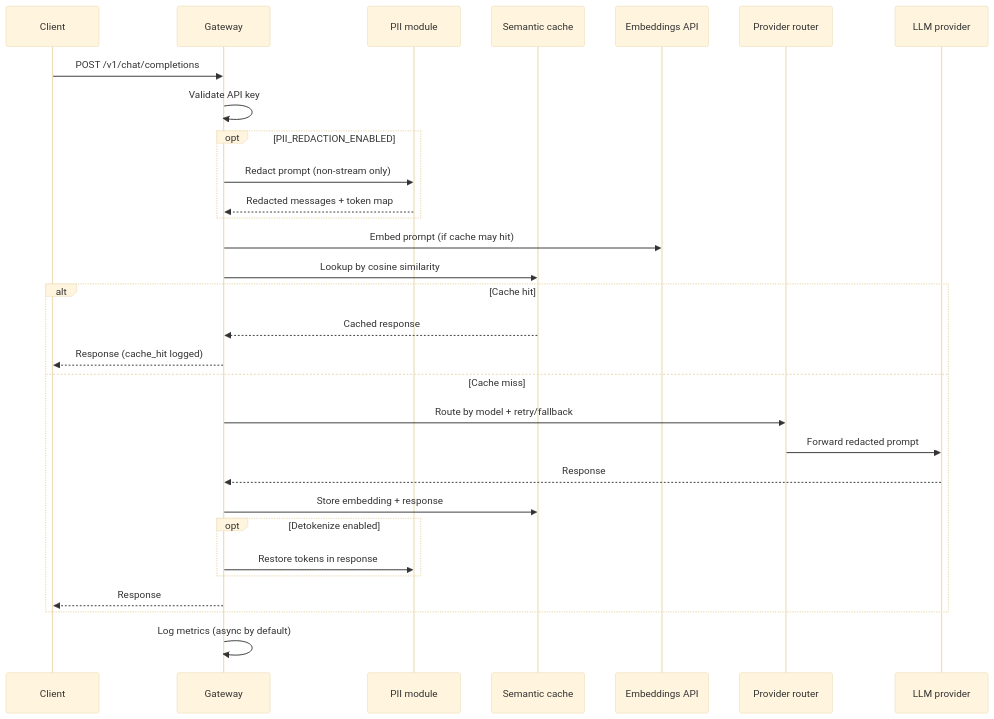
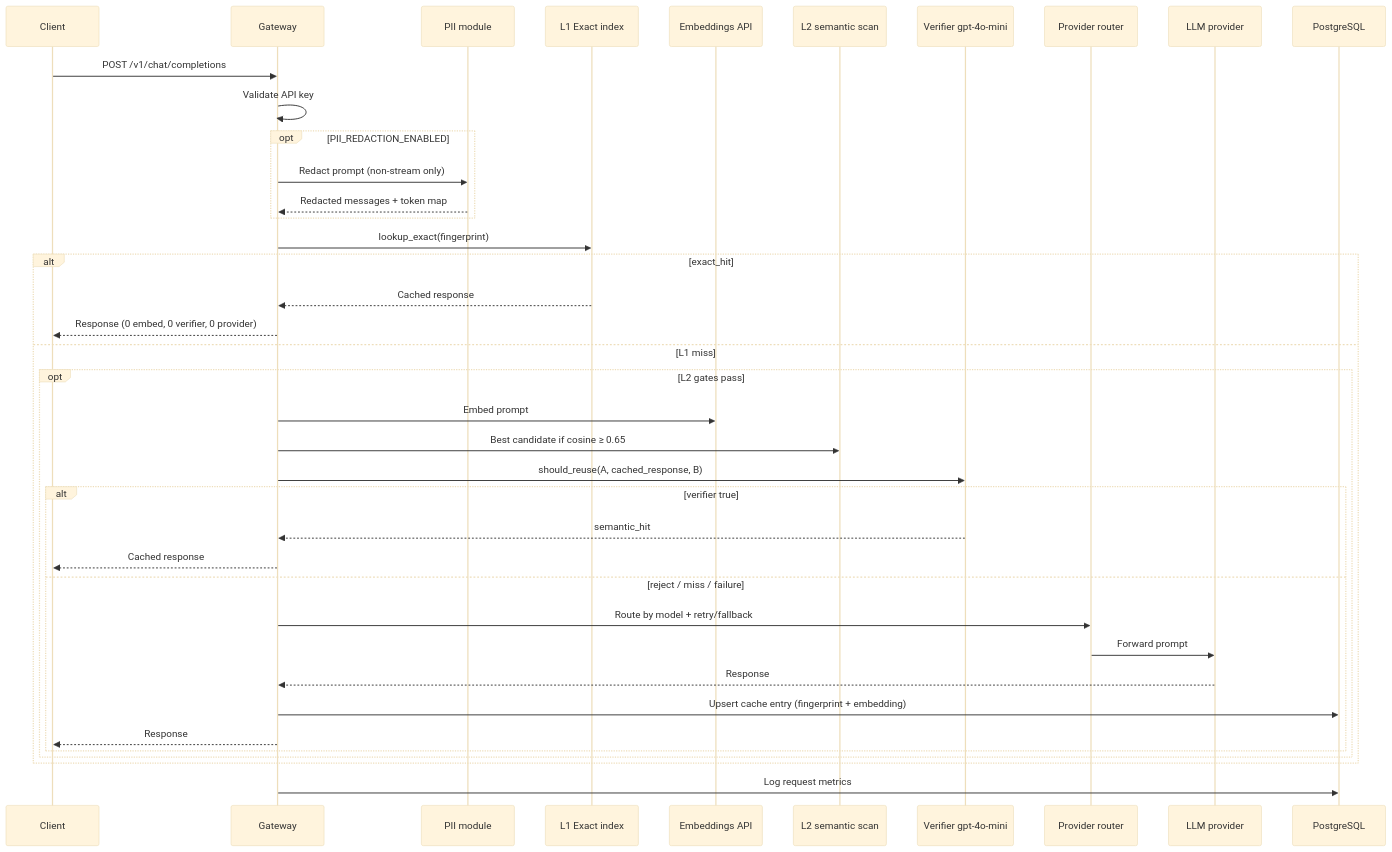
Before and after one commit to AseelHerzallah1/llm-gateway: the third of 5 diagrams in docs/ARCHITECTURE.md, drawn with Mermaid (base theme). The commit also changed other lines of this file and 59 other files, not shown here.

````diff
--- a/docs/ARCHITECTURE.md
+++ b/docs/ARCHITECTURE.md
@@ -21,33 +39,42 @@
 ```mermaid
 sequenceDiagram
     participant C as Client
     participant G as Gateway
     participant PII as PII module
-    participant Cache as Semantic cache
+    participant L1 as L1 Exact index
     participant E as Embeddings API
+    participant L2 as L2 semantic scan
+    participant V as Verifier gpt-4o-mini
     participant R as Provider router
     participant P as LLM provider
+    participant DB as PostgreSQL
 
     C->>G: POST /v1/chat/completions
     G->>G: Validate API key
     opt PII_REDACTION_ENABLED
         G->>PII: Redact prompt (non-stream only)
         PII-->>G: Redacted messages + token map
     end
-    G->>E: Embed prompt (if cache may hit)
-    G->>Cache: Lookup by cosine similarity
-    alt Cache hit
-        Cache-->>G: Cached response
-        G-->>C: Response (cache_hit logged)
-    else Cache miss
-        G->>R: Route by model + retry/fallback
-        R->>P: Forward redacted prompt
-        P-->>G: Response
-        G->>Cache: Store embedding + response
-        opt Detokenize enabled
-            G->>PII: Restore tokens in response
+    G->>L1: lookup_exact(fingerprint)
+    alt exact_hit
+        L1-->>G: Cached response
+        G-->>C: Response (0 embed, 0 verifier, 0 provider)
+    else L1 miss
+        opt L2 gates pass
+            G->>E: Embed prompt
+            G->>L2: Best candidate if cosine ≥ 0.65
+            G->>V: should_reuse(A, cached_response, B)
+            alt verifier true
+                V-->>G: semantic_hit
+                G-->>C: Cached response
+            else reject / miss / failure
+                G->>R: Route by model + retry/fallback
+                R->>P: Forward prompt
+                P-->>G: Response
+                G->>DB: Upsert cache entry (fingerprint + embedding)
+                G-->>C: Response
+            end
         end
-        G-->>C: Response
     end
-    G->>G: Log metrics (async by default)
+    G->>DB: Log request metrics
 ```
````
